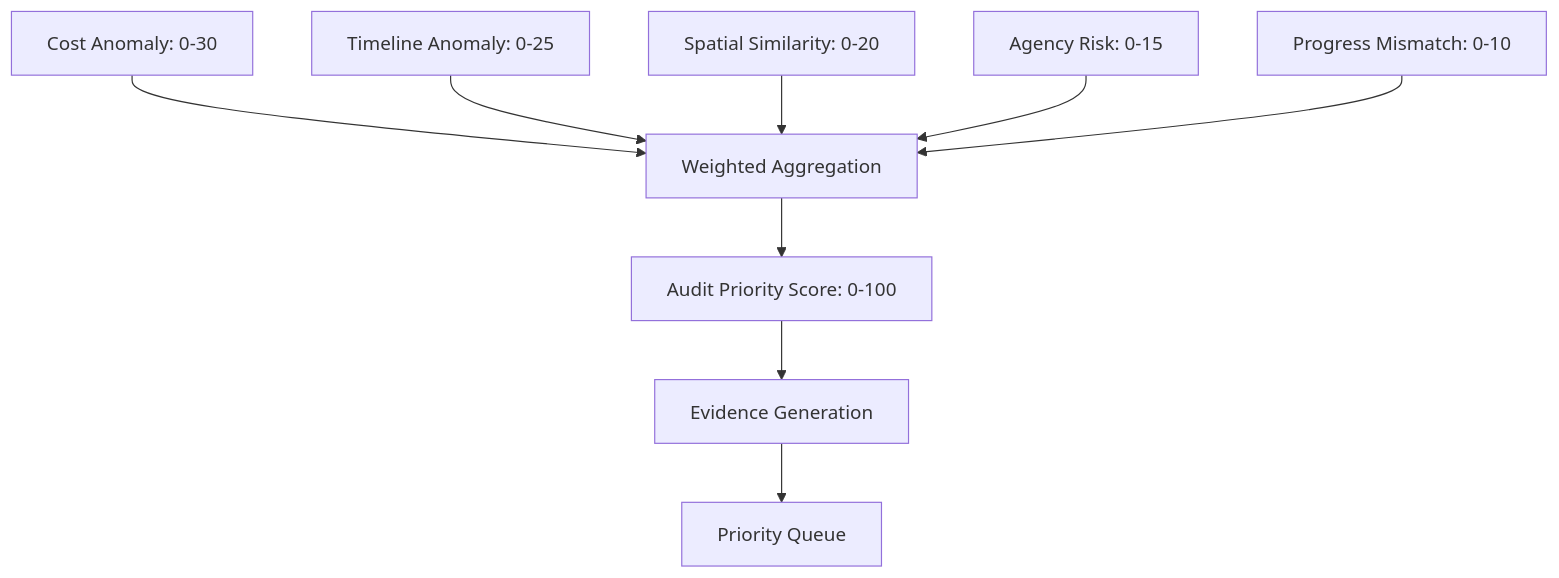
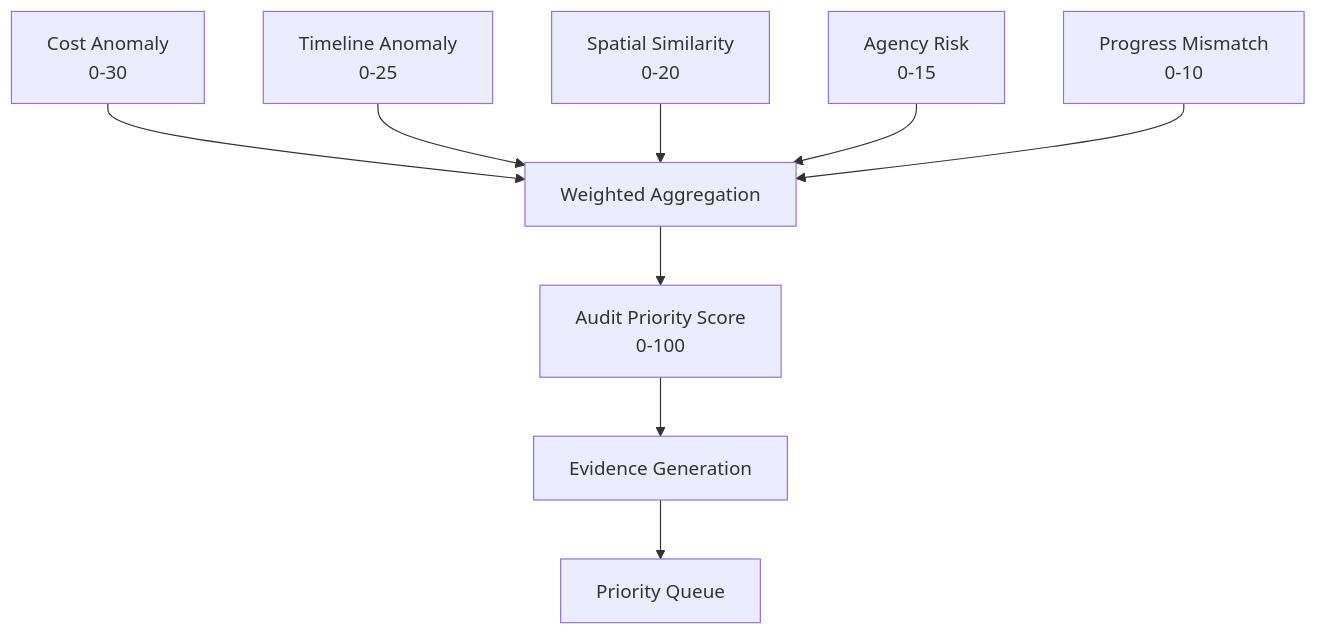
Before and after one commit to the-nidhi-bhat/mplads-sentinel: the second of 17 diagrams in README.md, drawn with Mermaid. The commit also changed other lines of this file, not shown here.

````diff
--- a/README.md
+++ b/README.md
@@ -106,11 +106,11 @@
 ```mermaid
 flowchart TB
-    A["Cost Anomaly: 0-30"] --> F["Weighted Aggregation"]
-    B["Timeline Anomaly: 0-25"] --> F
-    C["Spatial Similarity: 0-20"] --> F
-    D["Agency Risk: 0-15"] --> F
-    E["Progress Mismatch: 0-10"] --> F
-    F --> G["Audit Priority Score: 0-100"]
+    A["Cost Anomaly<br/>0-30"] --> F["Weighted Aggregation"]
+    B["Timeline Anomaly<br/>0-25"] --> F
+    C["Spatial Similarity<br/>0-20"] --> F
+    D["Agency Risk<br/>0-15"] --> F
+    E["Progress Mismatch<br/>0-10"] --> F
+    F --> G["Audit Priority Score<br/>0-100"]
     G --> H["Evidence Generation"]
     H --> I["Priority Queue"]
 ```
````
